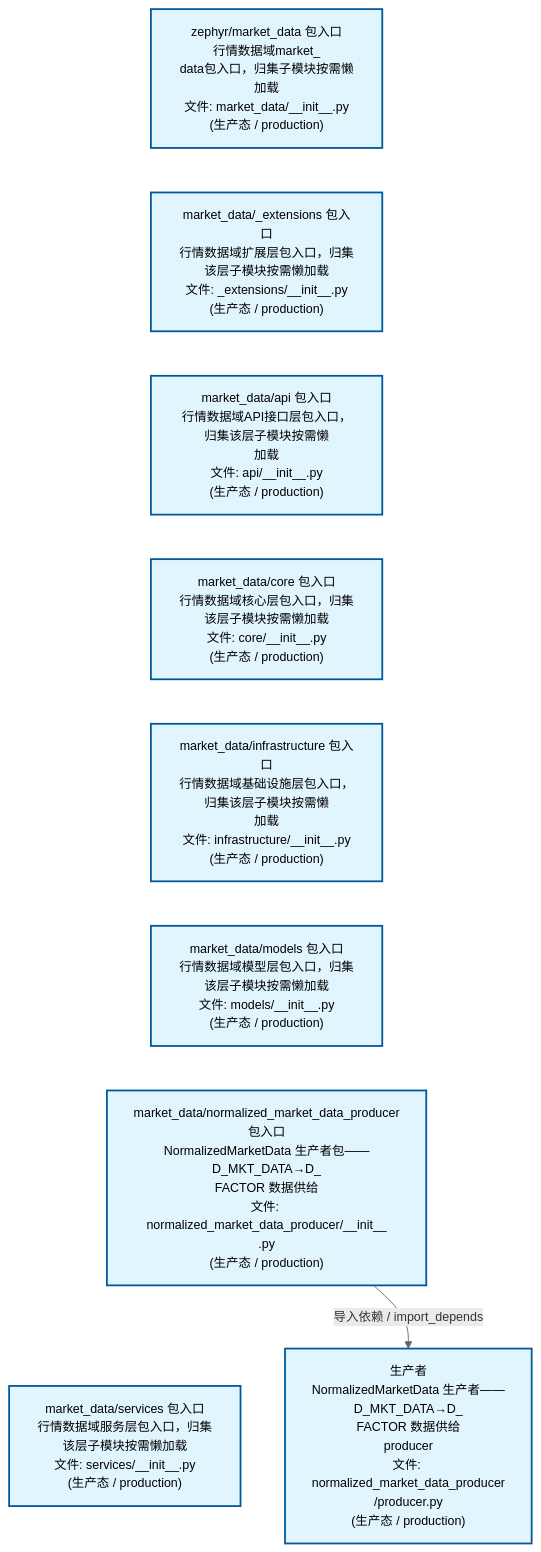
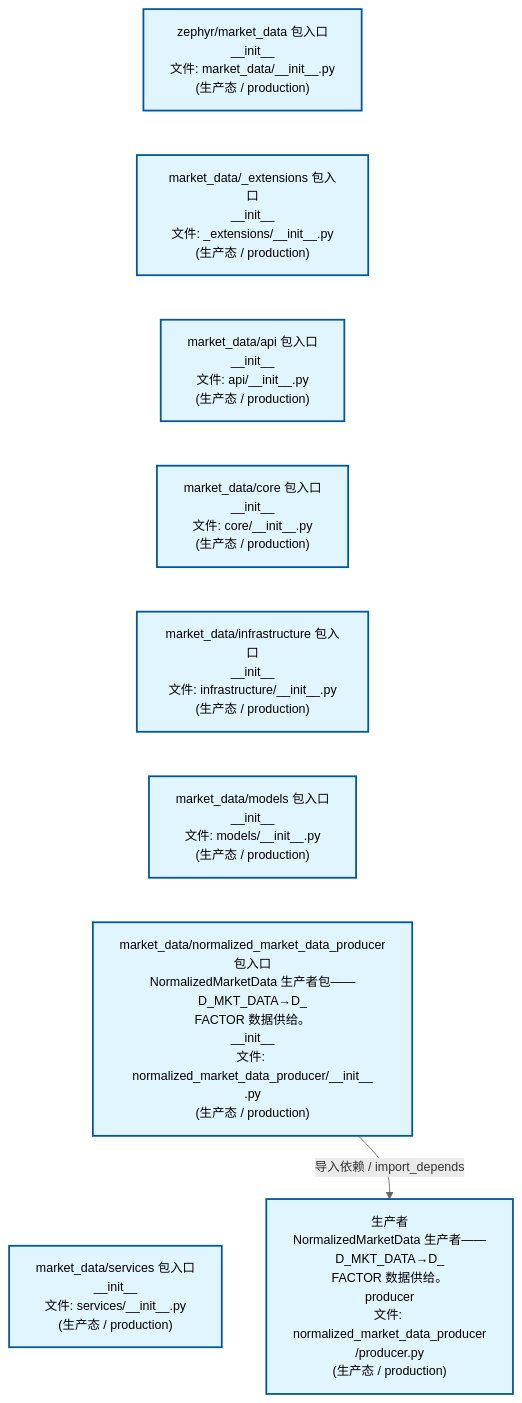
The second of 4 diagrams in docs/02_enterprise_architecture/02_domain_architecture_docs/23_d_mkt_data.md (xuanFelixVan/ZephyrAlpha), drawn with Mermaid before and after one commit. The commit also changed other lines of this file and 61 other files, not shown here.

````diff
--- a/docs/02_enterprise_architecture/02_domain_architecture_docs/23_d_mkt_data.md
+++ b/docs/02_enterprise_architecture/02_domain_architecture_docs/23_d_mkt_data.md
@@ -112,26 +112,26 @@
 ```mermaid
 %%{init: {'theme': 'base', 'themeVariables': {'primaryColor': '#eaeaea', 'primaryTextColor': '#333333', 'primaryBorderColor': '#666666', 'lineColor': '#666666', 'secondaryColor': '#eaeaea', 'tertiaryColor': '#eaeaea', 'fontSize': '14px'}}}%%
 flowchart TD
-    src_zephyr_market_data_init_py["zephyr/market_data 包入口<br/>行情数据域market_<br/>data包入口，归集子模块按需懒加载<br/>文件: market_data/__init__.py<br/>(生产态 / production)"]
-    src_zephyr_market_data_extensions_init_py["market_data/_extensions 包入口<br/>行情数据域扩展层包入口，归集该层子模块按需懒加载<br/>文件: _extensions/__init__.py<br/>(生产态 / production)"]
-    src_zephyr_market_data_api_init_py["market_data/api 包入口<br/>行情数据域API接口层包入口，归集该层子模块按需懒<br/>加载<br/>文件: api/__init__.py<br/>(生产态 / production)"]
-    src_zephyr_market_data_core_init_py["market_data/core 包入口<br/>行情数据域核心层包入口，归集该层子模块按需懒加载<br/>文件: core/__init__.py<br/>(生产态 / production)"]
-    src_zephyr_market_data_infrastructure_init_py["market_data/infrastructure 包入口<br/>行情数据域基础设施层包入口，归集该层子模块按需懒<br/>加载<br/>文件: infrastructure/__init__.py<br/>(生产态 / production)"]
-    src_zephyr_market_data_models_init_py["market_data/models 包入口<br/>行情数据域模型层包入口，归集该层子模块按需懒加载<br/>文件: models/__init__.py<br/>(生产态 / production)"]
-    src_zephyr_market_data_normalized_market_data_producer_init_py["market_data/normalized_market_data_producer<br/>包入口<br/>NormalizedMarketData 生产者包——D_MKT_DATA→D_<br/>FACTOR 数据供给<br/>文件: normalized_market_data_producer/__init__<br/>.py<br/>(生产态 / production)"]
-    src_zephyr_market_data_services_init_py["market_data/services 包入口<br/>行情数据域服务层包入口，归集该层子模块按需懒加载<br/>文件: services/__init__.py<br/>(生产态 / production)"]
+    src_zephyr_market_data_init_py["zephyr/market_data 包入口<br/>__init__<br/>文件: market_data/__init__.py<br/>(生产态 / production)"]
+    src_zephyr_market_data_extensions_init_py["market_data/_extensions 包入口<br/>__init__<br/>文件: _extensions/__init__.py<br/>(生产态 / production)"]
+    src_zephyr_market_data_api_init_py["market_data/api 包入口<br/>__init__<br/>文件: api/__init__.py<br/>(生产态 / production)"]
+    src_zephyr_market_data_core_init_py["market_data/core 包入口<br/>__init__<br/>文件: core/__init__.py<br/>(生产态 / production)"]
+    src_zephyr_market_data_infrastructure_init_py["market_data/infrastructure 包入口<br/>__init__<br/>文件: infrastructure/__init__.py<br/>(生产态 / production)"]
+    src_zephyr_market_data_models_init_py["market_data/models 包入口<br/>__init__<br/>文件: models/__init__.py<br/>(生产态 / production)"]
+    src_zephyr_market_data_normalized_market_data_producer_init_py["market_data/normalized_market_data_producer<br/>包入口<br/>NormalizedMarketData 生产者包——D_MKT_DATA→D_<br/>FACTOR 数据供给。<br/>__init__<br/>文件: normalized_market_data_producer/__init__<br/>.py<br/>(生产态 / production)"]
+    src_zephyr_market_data_services_init_py["market_data/services 包入口<br/>__init__<br/>文件: services/__init__.py<br/>(生产态 / production)"]
     src_zephyr_market_data_init_py ~~~ src_zephyr_market_data_extensions_init_py
     src_zephyr_market_data_extensions_init_py ~~~ src_zephyr_market_data_api_init_py
     src_zephyr_market_data_api_init_py ~~~ src_zephyr_market_data_core_init_py
     src_zephyr_market_data_core_init_py ~~~ src_zephyr_market_data_infrastructure_init_py
     src_zephyr_market_data_infrastructure_init_py ~~~ src_zephyr_market_data_models_init_py
     src_zephyr_market_data_models_init_py ~~~ src_zephyr_market_data_normalized_market_data_producer_init_py
     src_zephyr_market_data_normalized_market_data_producer_init_py ~~~ src_zephyr_market_data_services_init_py
-    src_zephyr_market_data_normalized_market_data_producer_producer_py["生产者<br/>NormalizedMarketData 生产者——D_MKT_DATA→D_<br/>FACTOR 数据供给<br/>producer<br/>文件: normalized_market_data_producer<br/>/producer.py<br/>(生产态 / production)"]
+    src_zephyr_market_data_normalized_market_data_producer_producer_py["生产者<br/>NormalizedMarketData 生产者——D_MKT_DATA→D_<br/>FACTOR 数据供给。<br/>producer<br/>文件: normalized_market_data_producer<br/>/producer.py<br/>(生产态 / production)"]
     src_zephyr_market_data_normalized_market_data_producer_init_py -->|导入依赖 / import_depends| src_zephyr_market_data_normalized_market_data_producer_producer_py
     classDef production fill:#e1f5fe,stroke:#01579b,stroke-width:2px,color:#000
     classDef design fill:#fff3e0,stroke:#e65100,stroke-width:2px,color:#000,stroke-dasharray: 5 5
     classDef external_prod fill:#e8f4fd,stroke:#0277bd,stroke-width:1px,color:#000
     classDef external_design fill:#fff8e7,stroke:#ef6c00,stroke-width:1px,color:#000,stroke-dasharray: 5 5
     class src_zephyr_market_data_init_py,src_zephyr_market_data_extensions_init_py,src_zephyr_market_data_api_init_py,src_zephyr_market_data_core_init_py,src_zephyr_market_data_infrastructure_init_py,src_zephyr_market_data_models_init_py,src_zephyr_market_data_normalized_market_data_producer_init_py,src_zephyr_market_data_normalized_market_data_producer_producer_py,src_zephyr_market_data_services_init_py production
 ```
````
